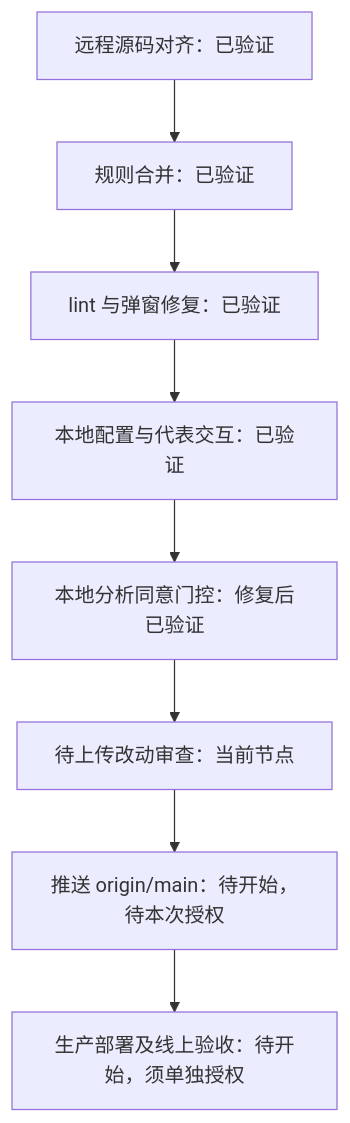
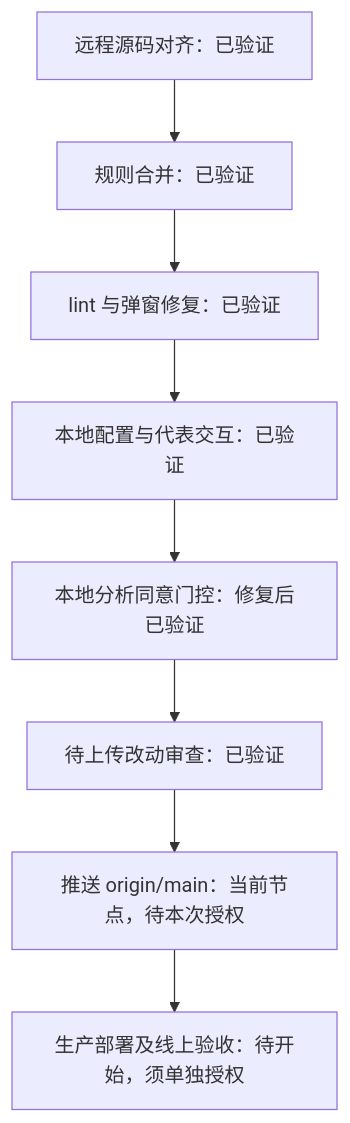
The diagram in docs/project-progress.md (forfunly/seineshop), drawn with Mermaid before and after one commit. The commit also changed other lines of this file and 4 other files, not shown here.

Commit message:
docs: prepare reviewed main upload batch and update roadmap

````diff
--- a/docs/project-progress.md
+++ b/docs/project-progress.md
@@ -11,10 +11,10 @@
 ```mermaid
 flowchart TD
     A[远程源码对齐：已验证] --> B[规则合并：已验证]
     B --> C[lint 与弹窗修复：已验证]
     C --> D[本地配置与代表交互：已验证]
     D --> G[本地分析同意门控：修复后已验证]
-    G --> R[待上传改动审查：当前节点]
-    R --> E[推送 origin/main：待开始，待本次授权]
+    G --> R[待上传改动审查：已验证]
+    R --> E[推送 origin/main：当前节点，待本次授权]
     E --> F[生产部署及线上验收：待开始，须单独授权]
 ```
````
